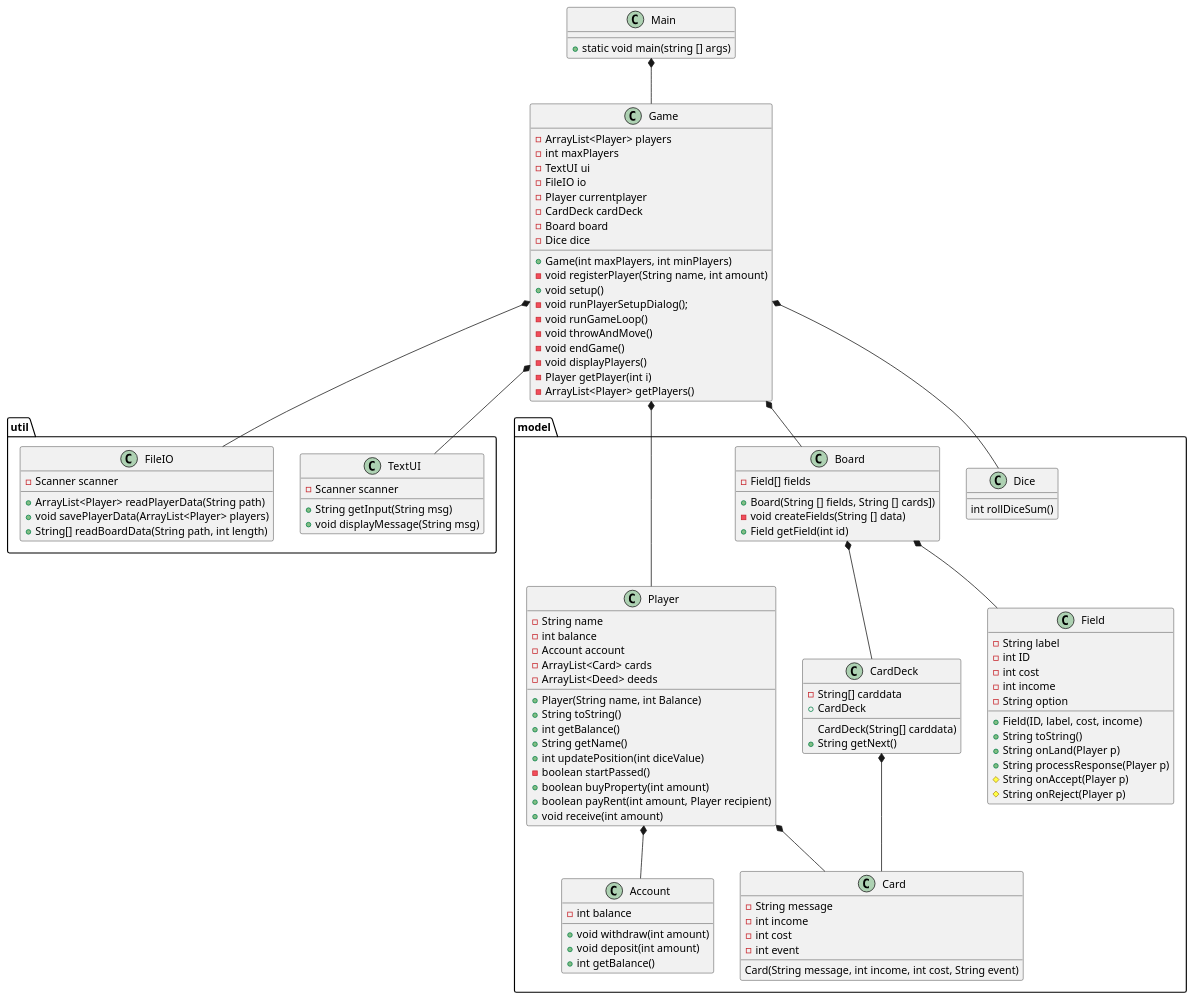
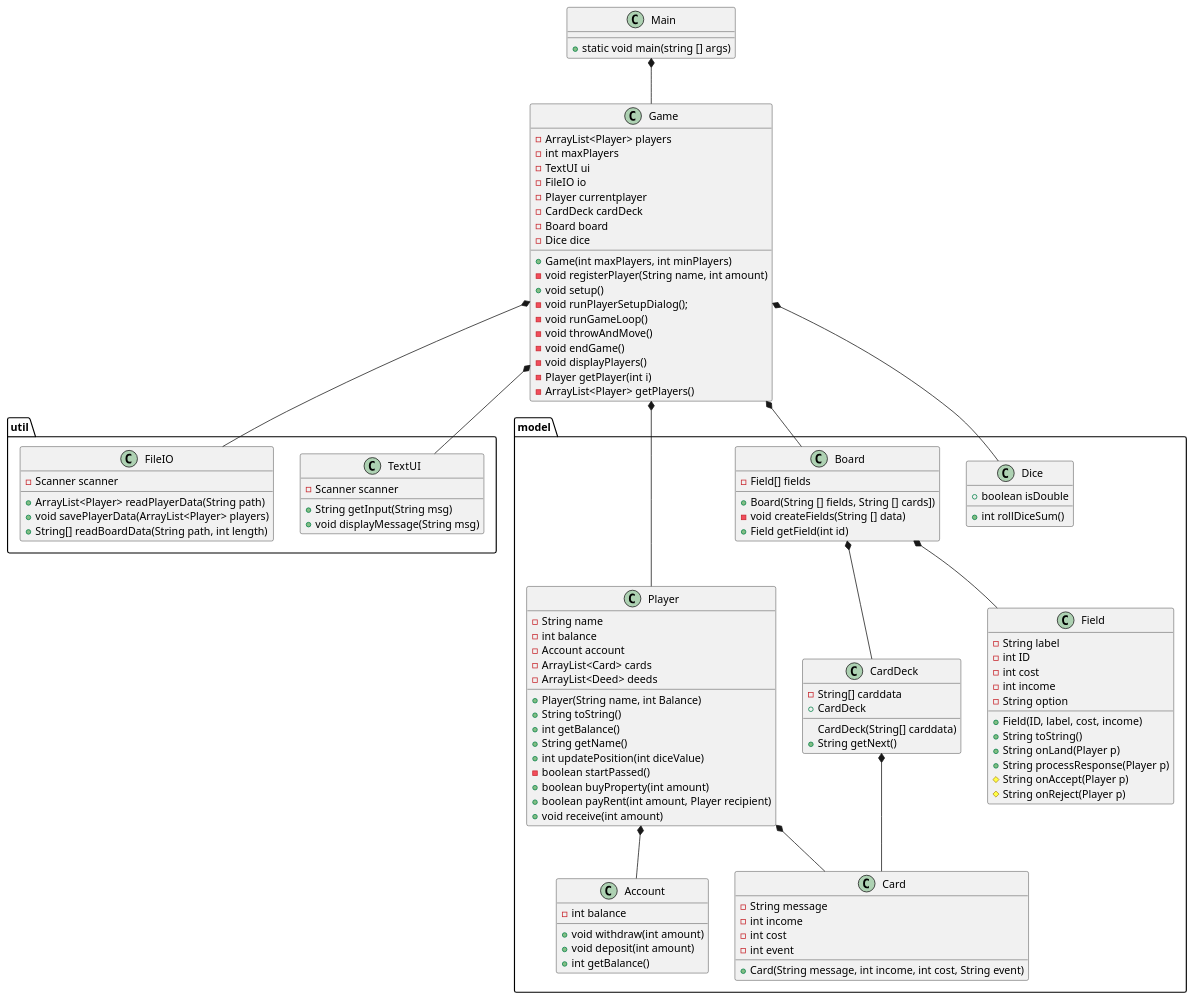
Before and after one commit to tessG/Monopoly24: the diagram in doc/classdiagram_4.puml, drawn with PlantUML.

Commit message:
Dice doube

```diff
--- a/doc/classdiagram_4.puml
+++ b/doc/classdiagram_4.puml
@@ -1,121 +1,122 @@
 @startuml
 'Domænemodellen giver nye entity klasser
 'Pakker, model og util
 
 
 class Main
 class Game
 package "util"{
     class TextUI
     class FileIO
 }
 
 package "model"{
     class Player
     class Field
       class Dice
       class Account
       class CardDeck
        class Card
       class Board
 }
 
 Main *-- Game
 Game *-- TextUI
 Game *-- FileIO
 Game *-- Player
 Player *-- Account
 Player *-- Card
 Game *--Board
 Game *-- Dice
 Board *-- Field
 Board *-- CardDeck
 CardDeck *-- Card
 
 
 Main : + static void main(string [] args)
 
 Player  : - String name
 Player  : - int balance
 '---_new-----
 Player : - Account account
 Player : - ArrayList<Card> cards
 Player : - ArrayList<Deed> deeds
 '-----------
 Player  : + Player(String name, int Balance)
 Player  : + String toString()
 Player  : + int getBalance()
 Player : + String getName()
 '----new-----
 Player : +int updatePosition(int diceValue)
 Player : -boolean startPassed()
 Player : + boolean buyProperty(int amount)
 Player : + boolean payRent(int amount, Player recipient)
 Player : + void receive(int amount)
 
 '-----------
 Account :  - int balance
 Account  : + void withdraw(int amount)
 Account  : + void deposit(int amount)
 Account  : + int getBalance()
 
 Game : - ArrayList<Player> players
 Game : - int maxPlayers
 Game : - TextUI ui
 Game : - FileIO io
 Game : - Player currentplayer
 Game : - CardDeck cardDeck
 Game : - Board board
 Game : - Dice dice
 Game : + Game(int maxPlayers, int minPlayers)
 Game : - void registerPlayer(String name, int amount)
 Game : + void setup()
 Game : - void runPlayerSetupDialog();
 Game : - void runGameLoop()
 Game : - void throwAndMove()
 Game : - void endGame()
 Game : - void displayPlayers()
 Game : - Player getPlayer(int i)
 Game : - ArrayList<Player> getPlayers()
 
 TextUI : + String getInput(String msg)
 TextUI : - Scanner scanner
 TextUI : + void displayMessage(String msg)
 
 
 FileIO : - Scanner scanner
 FileIO : + ArrayList<Player> readPlayerData(String path)
 FileIO : + void savePlayerData(ArrayList<Player> players)
 FileIO : + String[] readBoardData(String path, int length)
 
 Field : - String label
 Field : - int ID
 Field : - int cost
 Field : - int income
 Field : - String option
 Field : + Field(ID, label, cost, income)
 Field : + String toString()
 Field : + String onLand(Player p)
 Field : + String processResponse(Player p)
 Field : # String onAccept(Player p)
 Field : # String onReject(Player p)
 
 
 Board : - Field[] fields
 Board : + Board(String [] fields, String [] cards])
 Board : - void createFields(String [] data)
 Board : + Field getField(int id)
 
 CardDeck : - String[] carddata
 CardDeck : + CardDeck
 CardDeck : CardDeck(String[] carddata)
 CardDeck : + String getNext()
 
 Card : -String message
 Card : -int income
 Card : -int cost
 Card : -int event
-Card : Card(String message, int income, int cost, String event)
+Card : +Card(String message, int income, int cost, String event)
 
-Dice : int rollDiceSum()
+Dice : +boolean isDouble
+Dice : +int rollDiceSum()
 @enduml
```
